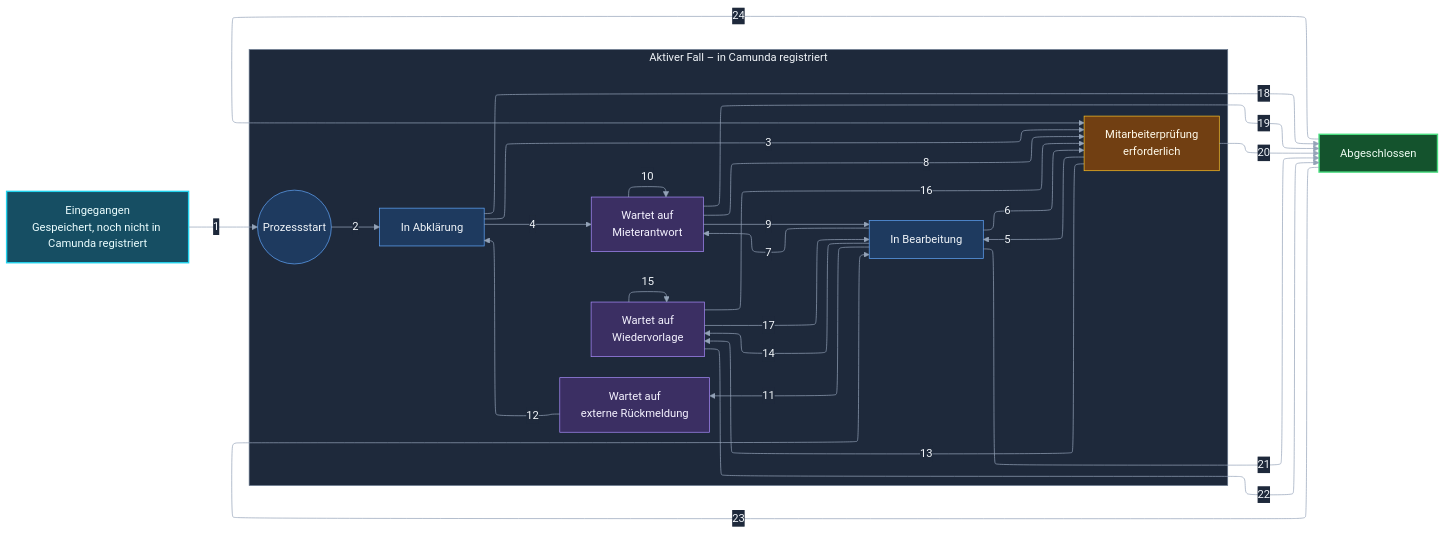
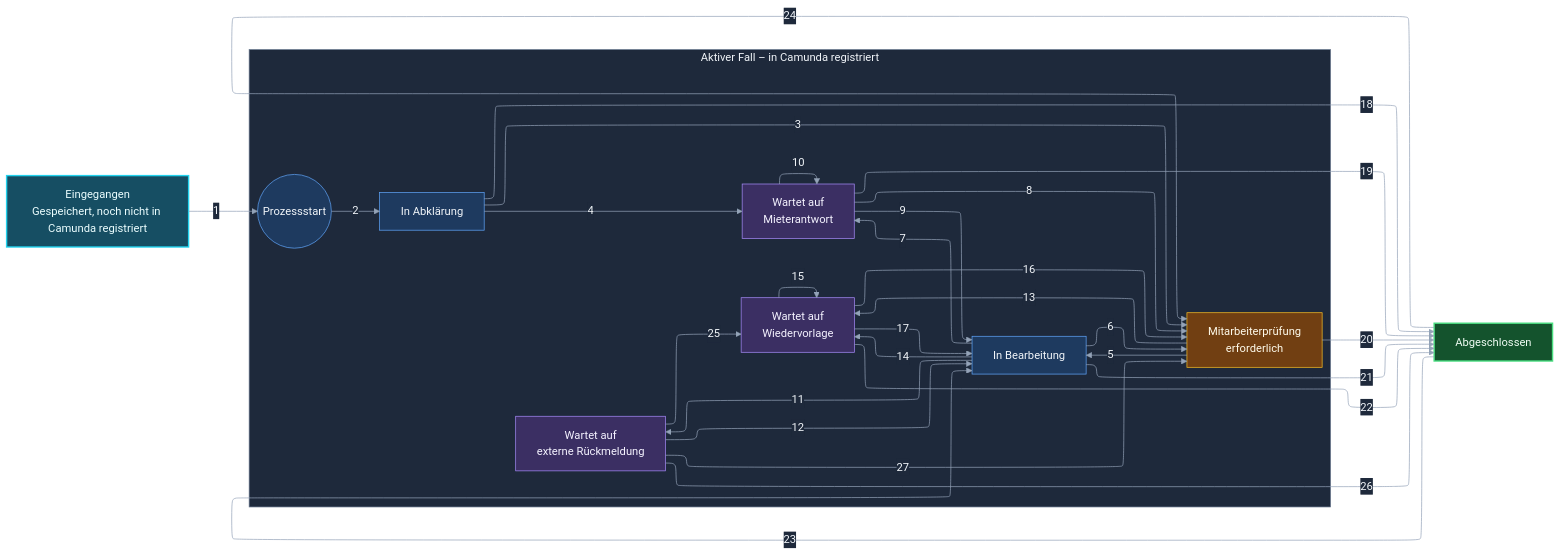
Before and after one commit to permarco/propertyflow: the diagram in docs/specifications/fallverwaltung.md, drawn with Mermaid. The commit also changed other lines of this file and 11 other files, not shown here.

````diff
--- a/docs/specifications/fallverwaltung.md
+++ b/docs/specifications/fallverwaltung.md
@@ -96,55 +96,58 @@
 ```mermaid
 %%{init: {"flowchart":{"curve":"basis","nodeSpacing":42,"rankSpacing":55},"layout":"elk","theme": "base", "themeVariables": {"darkMode": true, "background": "#0f172a", "primaryColor": "#1e3a5f", "primaryTextColor": "#f1f5f9", "primaryBorderColor": "#60a5fa", "lineColor": "#94a3b8", "textColor": "#f1f5f9", "edgeLabelBackground": "#1e293b", "clusterBkg": "#1e293b", "clusterBorder": "#64748b"}}}%%
 flowchart LR
     E["Eingegangen<br/>Gespeichert, noch nicht in Camunda registriert"]
     subgraph Aktiv["Aktiver Fall – in Camunda registriert"]
         direction LR
         Start(("Prozessstart"))
         A["In Abklärung"]
         M["Wartet auf<br/>Mieterantwort"]
         X["Wartet auf<br/>externe Rückmeldung"]
         W["Wartet auf<br/>Wiedervorlage"]
         B["In Bearbeitung"]
         P["Mitarbeiterprüfung<br/>erforderlich"]
     end
     Z["Abgeschlossen"]
     E -->|"1"| Start
     Start -->|"2"| A
     A -->|"4"| M
     M -->|"9"| B
     W -->|"17"| B
     B -->|"6"| P
     A -->|"3"| P
     P -->|"5"| B
     B -->|"7"| M
     M -->|"8"| P
     M -->|"10"| M
     B -->|"11"| X
-    X -->|"12"| A
+    X -->|"12"| B
+    X -->|"25"| W
+    X -->|"26"| Z
+    X -->|"27"| P
     P -->|"13"| W
     B -->|"14"| W
     W -->|"15"| W
     W -->|"16"| P
     A -->|"18"| Z
     M -->|"19"| Z
     P -->|"20"| Z
     B -->|"21"| Z
     W -->|"22"| Z
     Z -->|"23"| B
     Z -->|"24"| P
     %% Unsichtbare Verbindungen richten die Wartezustände aus.
     A ~~~ X
     A ~~~ W
     X ~~~ B
     M ~~~ B
     W ~~~ B
     classDef processing fill:#1e3a5f,stroke:#60a5fa,color:#f1f5f9
     classDef waiting fill:#3b2f63,stroke:#a78bfa,color:#f5f3ff
     classDef review fill:#713f12,stroke:#fbbf24,color:#fffbeb
     class A,B,Start processing
     class M,X,W waiting
     class P review
     style E fill:#164e63,stroke:#22d3ee,color:#ecfeff,stroke-width:2px
     style Z fill:#14532d,stroke:#4ade80,color:#f0fdf4,stroke-width:2px
     style Aktiv fill:#1e293b,stroke:#64748b,color:#f1f5f9
 ```
````
